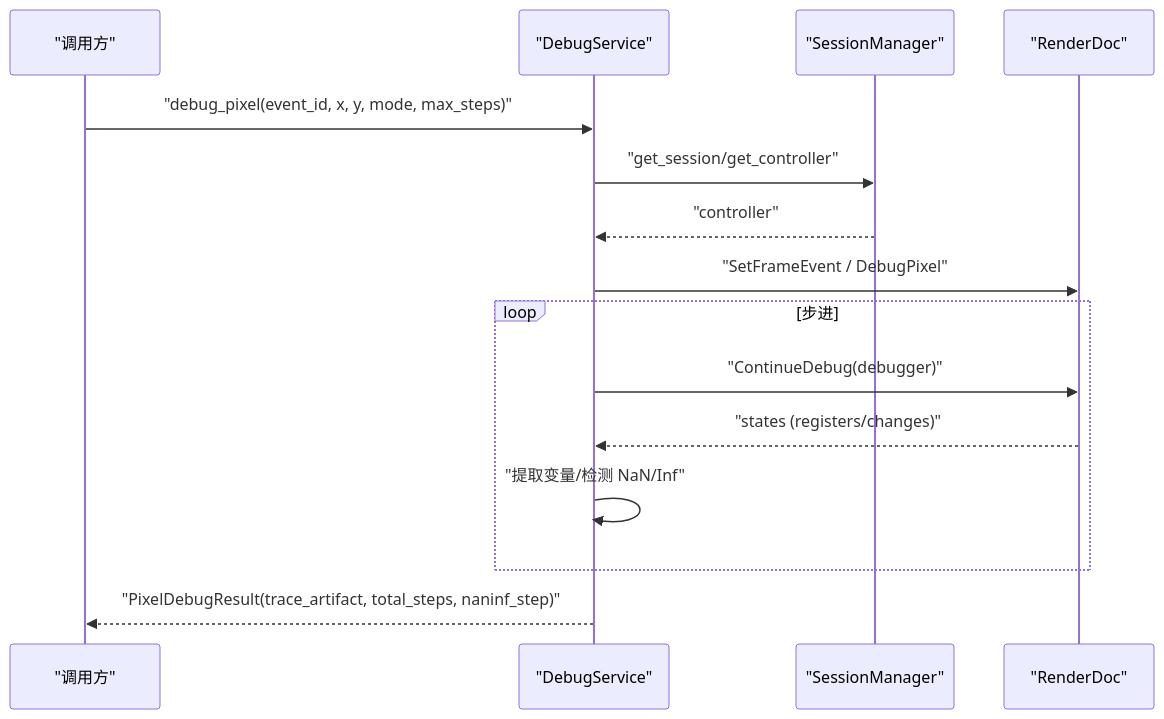
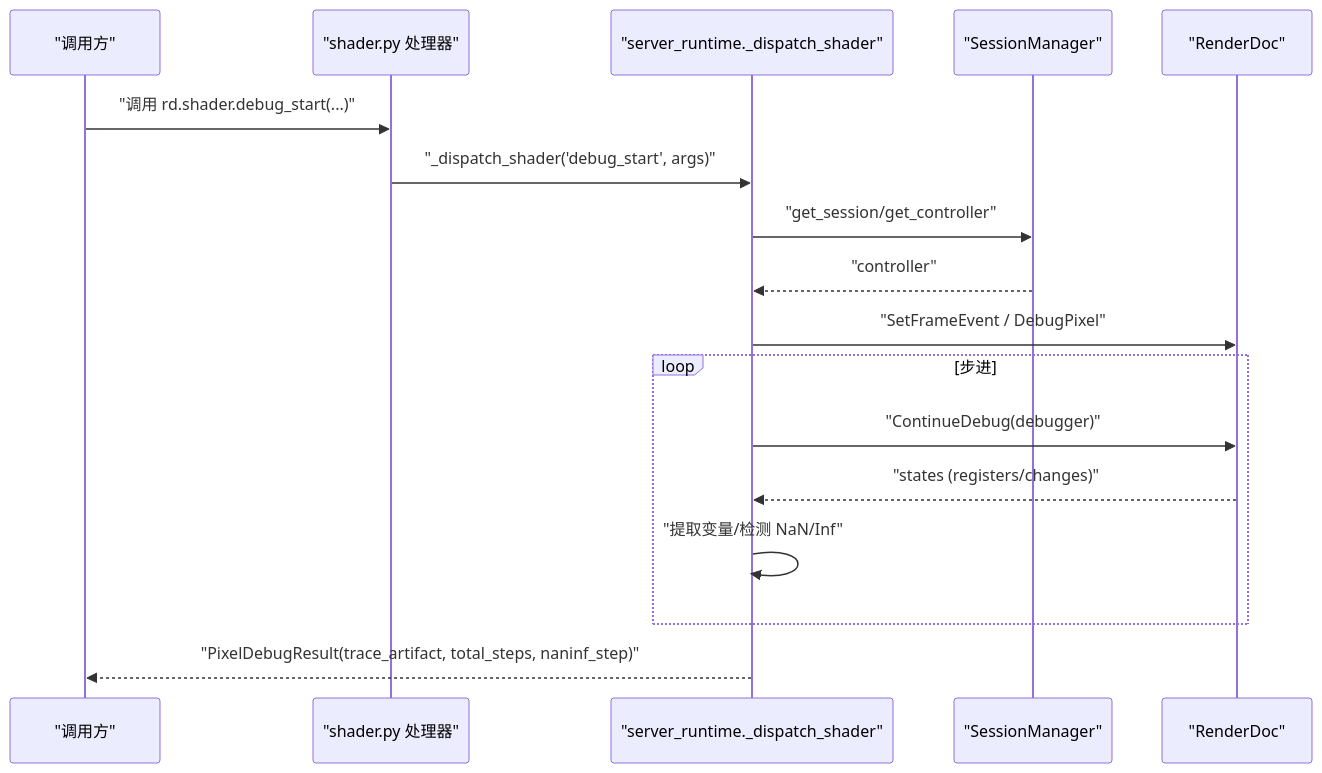
Before and after one commit to haolange/RDC-Tool: the seventh of 9 diagrams in .qoder/repowiki/zh/content/项目概述/核心功能.md, drawn with Mermaid. The commit also changed other lines of this file and 79 other files, not shown here.

````diff
--- a/.qoder/repowiki/zh/content/项目概述/核心功能.md
+++ b/.qoder/repowiki/zh/content/项目概述/核心功能.md
@@ -251,17 +258,19 @@
 ```mermaid
 sequenceDiagram
 participant U as "调用方"
-participant DS as "DebugService"
+participant SH as "shader.py 处理器"
+participant SR as "server_runtime._dispatch_shader"
 participant M as "SessionManager"
 participant RD as "RenderDoc"
-U->>DS : "debug_pixel(event_id, x, y, mode, max_steps)"
-DS->>M : "get_session/get_controller"
-M-->>DS : "controller"
-DS->>RD : "SetFrameEvent / DebugPixel"
+U->>SH : "调用 rd.shader.debug_start(...)"
+SH->>SR : "_dispatch_shader('debug_start', args)"
+SR->>M : "get_session/get_controller"
+M-->>SR : "controller"
+SR->>RD : "SetFrameEvent / DebugPixel"
 loop 步进
-DS->>RD : "ContinueDebug(debugger)"
-RD-->>DS : "states (registers/changes)"
-DS->>DS : "提取变量/检测 NaN/Inf"
+SR->>RD : "ContinueDebug(debugger)"
+RD-->>SR : "states (registers/changes)"
+SR->>SR : "提取变量/检测 NaN/Inf"
 end
-DS-->>U : "PixelDebugResult(trace_artifact, total_steps, naninf_step)"
+SR-->>U : "PixelDebugResult(trace_artifact, total_steps, naninf_step)"
 ```
````
